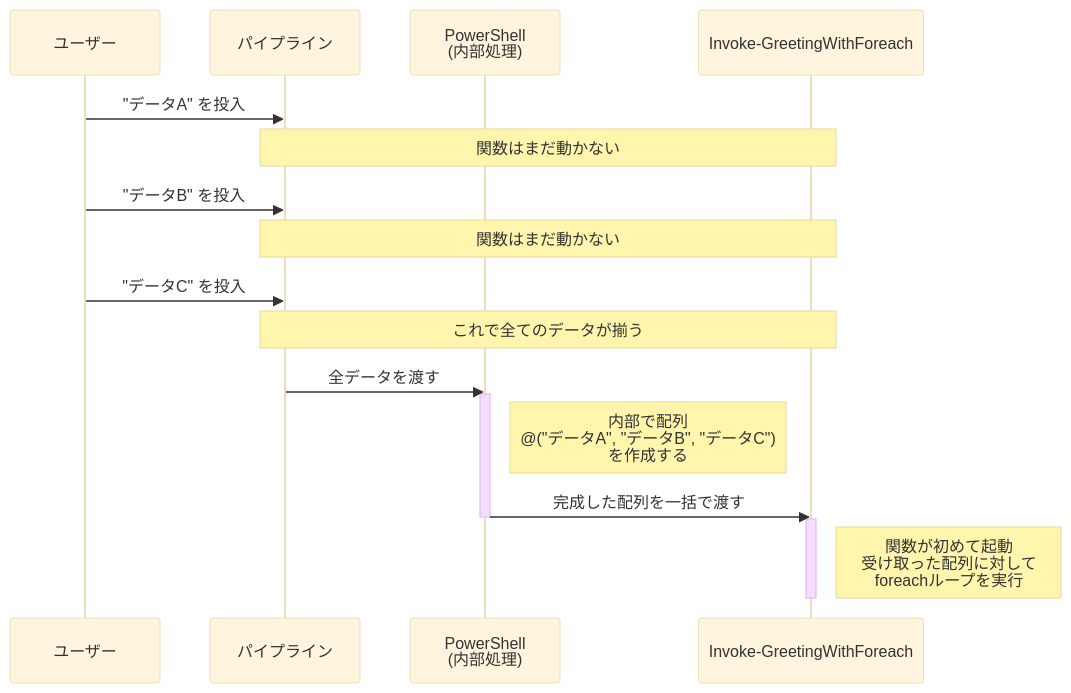
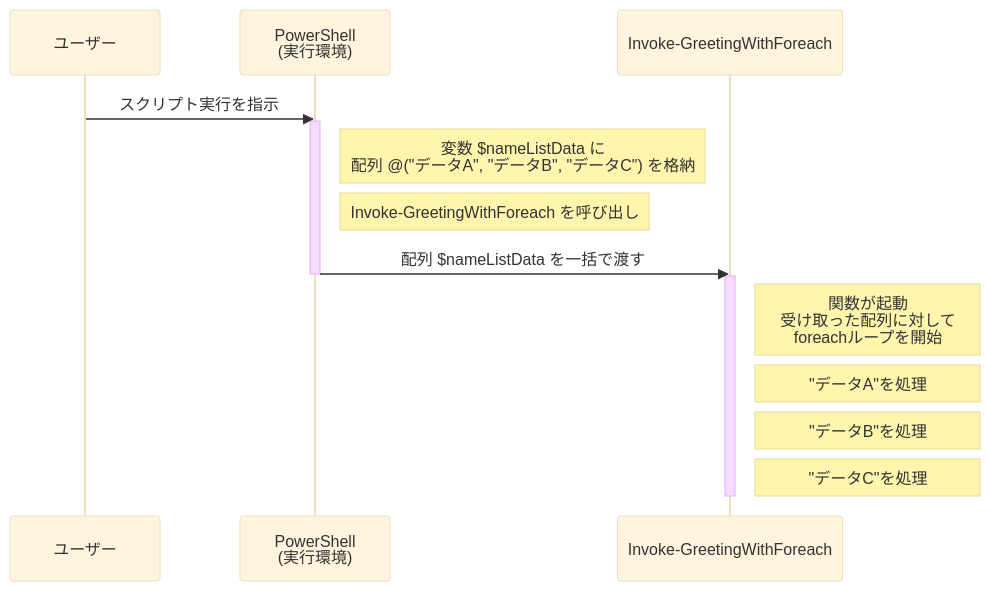
The second of 3 diagrams in articles/4f54990777ae83.md (akiGAMEBOY/haretokidoki_zn), drawn with Mermaid (base theme) before and after one commit. The commit also changed other lines of this file, not shown here.

````diff
--- a/articles/4f54990777ae83.md
+++ b/articles/4f54990777ae83.md
@@ -249,26 +259,22 @@
-    ```mermaid
-    sequenceDiagram
-    participant User as ユーザー
-    participant Pipeline as パイプライン
-    participant PowerShell as PowerShell<br>(内部処理)
-    participant Function as Invoke-GreetingWithForeach
+```mermaid
+sequenceDiagram
+participant User as ユーザー
+participant PowerShell as PowerShell<br>(実行環境)
+participant Function as Invoke-GreetingWithForeach
 
-    User->>Pipeline: "データA" を投入
-    Note over Pipeline, Function: 関数はまだ動かない
+User->>PowerShell: スクリプト実行を指示
 
-    User->>Pipeline: "データB" を投入
-    Note over Pipeline, Function: 関数はまだ動かない
+activate PowerShell
+Note right of PowerShell: 変数 $nameListData に<br>配列 @("データA", "データB", "データC") を格納
 
-    User->>Pipeline: "データC" を投入
-    Note over Pipeline, Function: これで全てのデータが揃う
+Note right of PowerShell: Invoke-GreetingWithForeach を呼び出し
+PowerShell->>Function: 配列 $nameListData を一括で渡す
+deactivate PowerShell
 
-    Pipeline->>PowerShell: 全データを渡す
-    activate PowerShell
-    Note right of PowerShell: 内部で配列<br>@("データA", "データB", "データC")<br>を作成する
-    PowerShell->>Function: 完成した配列を一括で渡す
-    deactivate PowerShell
-
-    activate Function
-    Note right of Function: 関数が初めて起動<br>受け取った配列に対して<br>foreachループを実行
-    deactivate Function
-    ```
+activate Function
+Note right of Function: 関数が起動<br>受け取った配列に対して<br>foreachループを開始
+Note right of Function: "データA"を処理
+Note right of Function: "データB"を処理
+Note right of Function: "データC"を処理
+deactivate Function
+```
````
